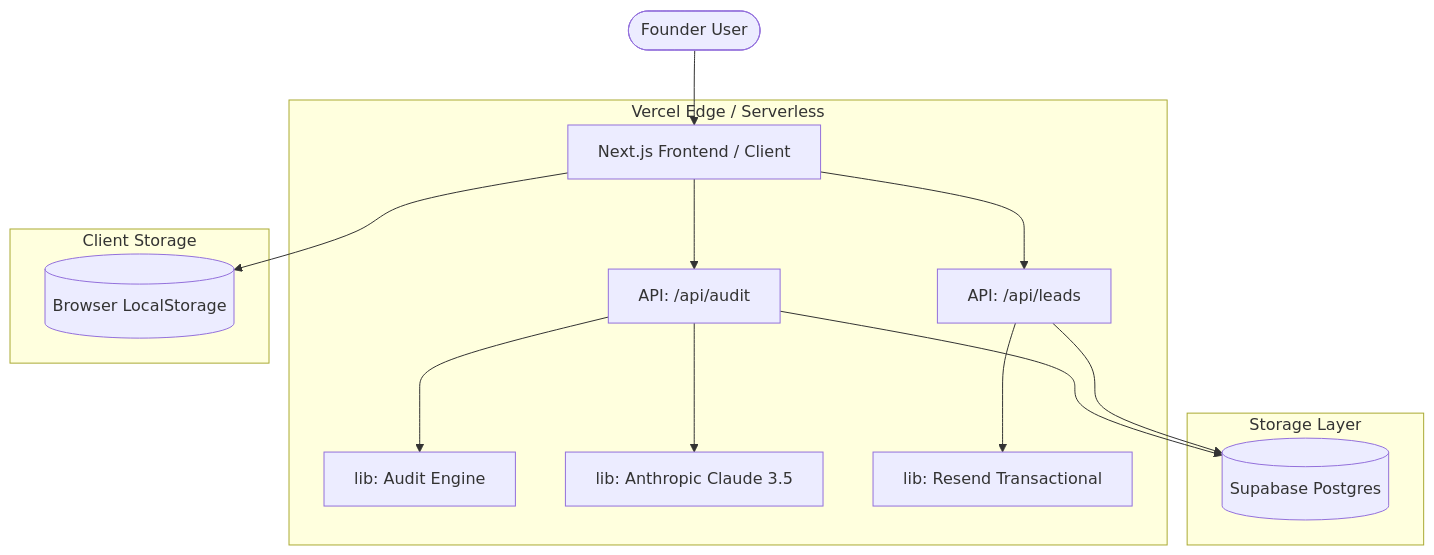
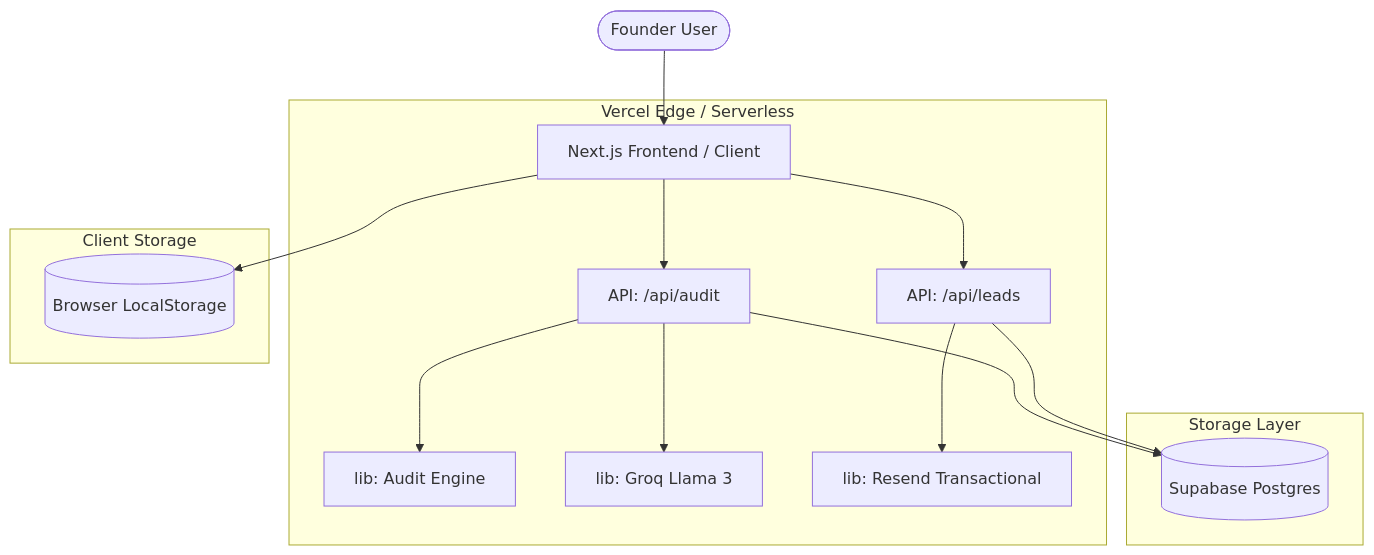
Before and after one commit to Ashmit990/AI-Spend-Audit-Tool: the diagram in ARCHITECTURE.md, drawn with Mermaid. The commit also changed other lines of this file and 11 other files, not shown here.

Commit message:
Finalize Groq (Llama 3) migration, fix Supabase connectivity, and sync documentation

````diff
--- a/ARCHITECTURE.md
+++ b/ARCHITECTURE.md
@@ -7,22 +7,22 @@
 ```mermaid
 graph TD
     User([Founder User]) --> Frontend[Next.js Frontend / Client]
     
     subgraph "Vercel Edge / Serverless"
         Frontend --> API_Audit[API: /api/audit]
         Frontend --> API_Leads[API: /api/leads]
         
         API_Audit --> AuditEngine[lib: Audit Engine]
-        API_Audit --> AI_Service[lib: Anthropic Claude 3.5]
+        API_Audit --> AI_Service[lib: Groq Llama 3]
         API_Leads --> Email_Service[lib: Resend Transactional]
     end
     
     subgraph "Storage Layer"
         API_Audit --> DB[(Supabase Postgres)]
         API_Leads --> DB
     end
 
     subgraph "Client Storage"
         Frontend --> LocalStorage[(Browser LocalStorage)]
     end
 ```
````
